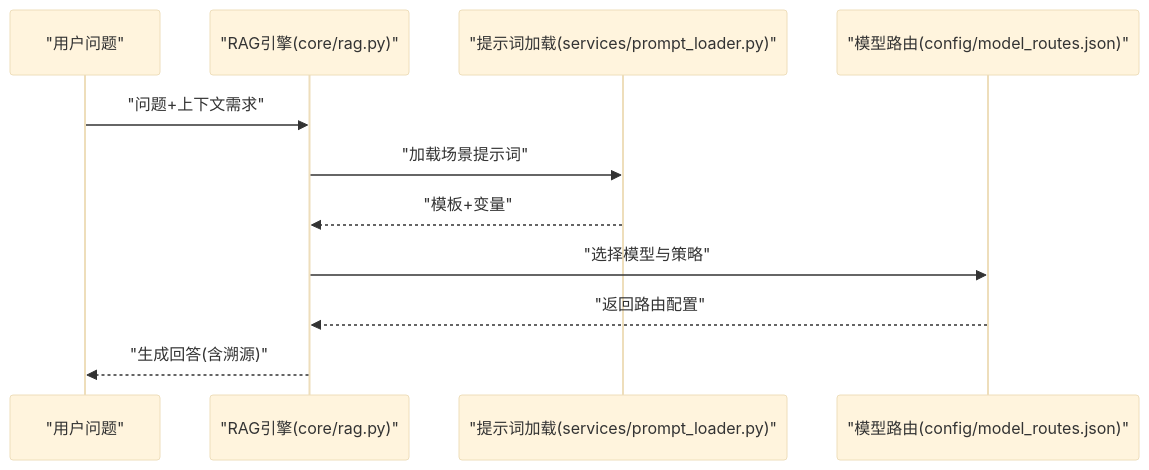
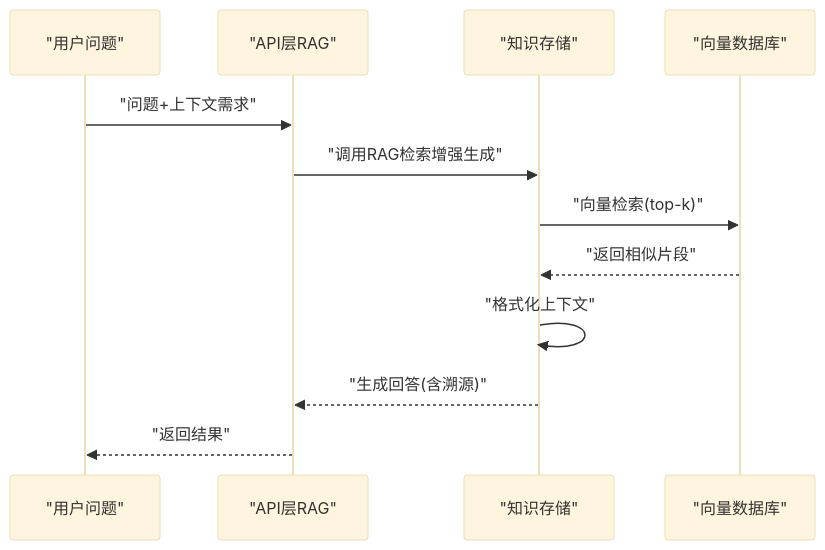
One commit to angledick/- changed the fifth of 8 diagrams in .qoder/repowiki/zh/content/核心业务模块/知识管理系统/知识管理系统.md. Above: the diagram before and after it, drawn with Mermaid (base theme). The commit also changed other lines of this file and 770 other files, not shown here.

````diff
--- a/.qoder/repowiki/zh/content/核心业务模块/知识管理系统/知识管理系统.md
+++ b/.qoder/repowiki/zh/content/核心业务模块/知识管理系统/知识管理系统.md
@@ -258,13 +249,14 @@
 ```mermaid
 sequenceDiagram
 participant Q as "用户问题"
-participant R as "RAG引擎(core/rag.py)"
-participant P as "提示词加载(services/prompt_loader.py)"
-participant M as "模型路由(config/model_routes.json)"
-Q->>R : "问题+上下文需求"
-R->>P : "加载场景提示词"
-P-->>R : "模板+变量"
-R->>M : "选择模型与策略"
-M-->>R : "返回路由配置"
-R-->>Q : "生成回答(含溯源)"
+participant API as "API层RAG"
+participant STORE as "知识存储"
+participant VDB as "向量数据库"
+Q->>API : "问题+上下文需求"
+API->>STORE : "调用RAG检索增强生成"
+STORE->>VDB : "向量检索(top-k)"
+VDB-->>STORE : "返回相似片段"
+STORE->>STORE : "格式化上下文"
+STORE-->>API : "生成回答(含溯源)"
+API-->>Q : "返回结果"
 ```
````
